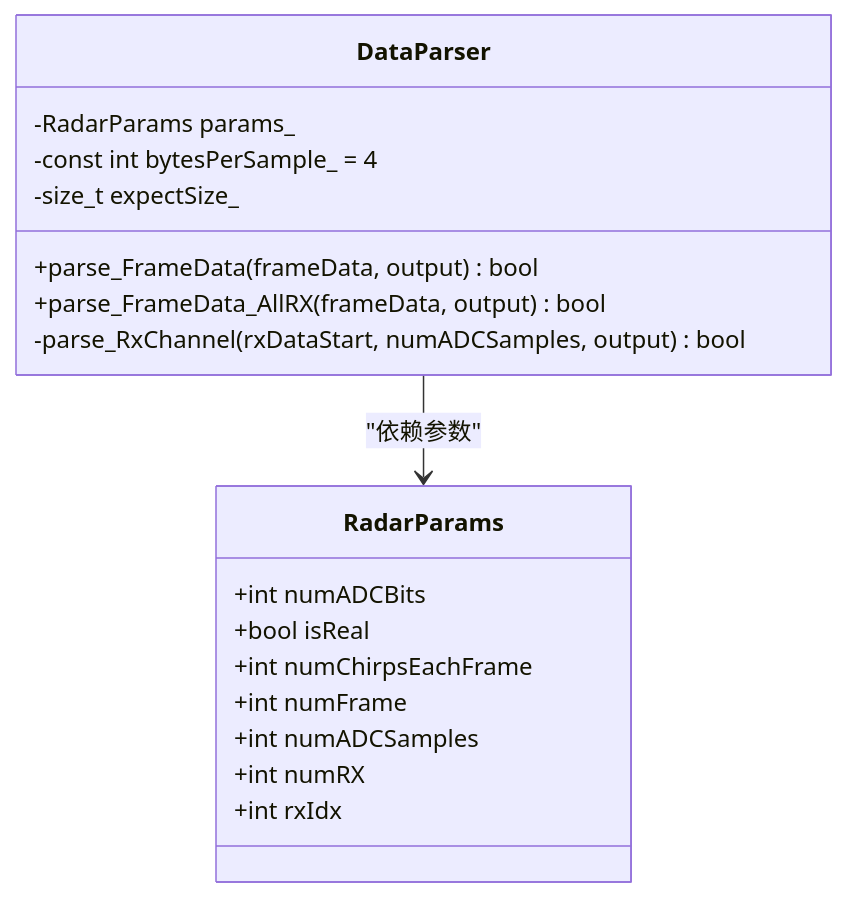
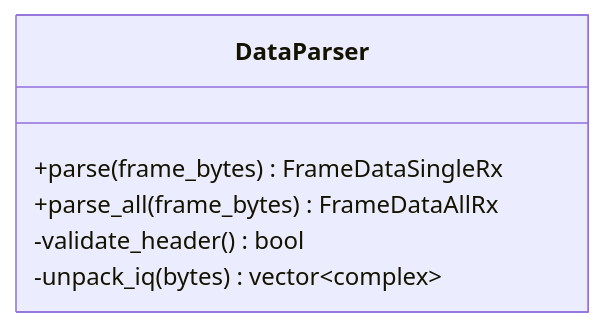
One commit to Lukad77/awr1843-radar-toolkit changed the fourth of 6 diagrams in .qoder/repowiki/zh/content/网络数据链路与解析/网络数据链路与解析.md. Above: the diagram before and after it, drawn with Mermaid. The commit also changed other lines of this file and 106 other files, not shown here.

````diff
--- a/.qoder/repowiki/zh/content/网络数据链路与解析/网络数据链路与解析.md
+++ b/.qoder/repowiki/zh/content/网络数据链路与解析/网络数据链路与解析.md
@@ -179,21 +158,9 @@
 ```mermaid
 classDiagram
-class RadarParams {
-+int numADCBits
-+bool isReal
-+int numChirpsEachFrame
-+int numFrame
-+int numADCSamples
-+int numRX
-+int rxIdx
+class DataParser {
++parse(frame_bytes) FrameDataSingleRx
++parse_all(frame_bytes) FrameDataAllRx
+-validate_header() bool
+-unpack_iq(bytes) vector~complex~
 }
-class DataParser {
--RadarParams params_
--const int bytesPerSample_ = 4
--size_t expectSize_
-+parse_FrameData(frameData, output) bool
-+parse_FrameData_AllRX(frameData, output) bool
--parse_RxChannel(rxDataStart, numADCSamples, output) bool
-}
-DataParser --> RadarParams : "依赖参数"
 ```
````
